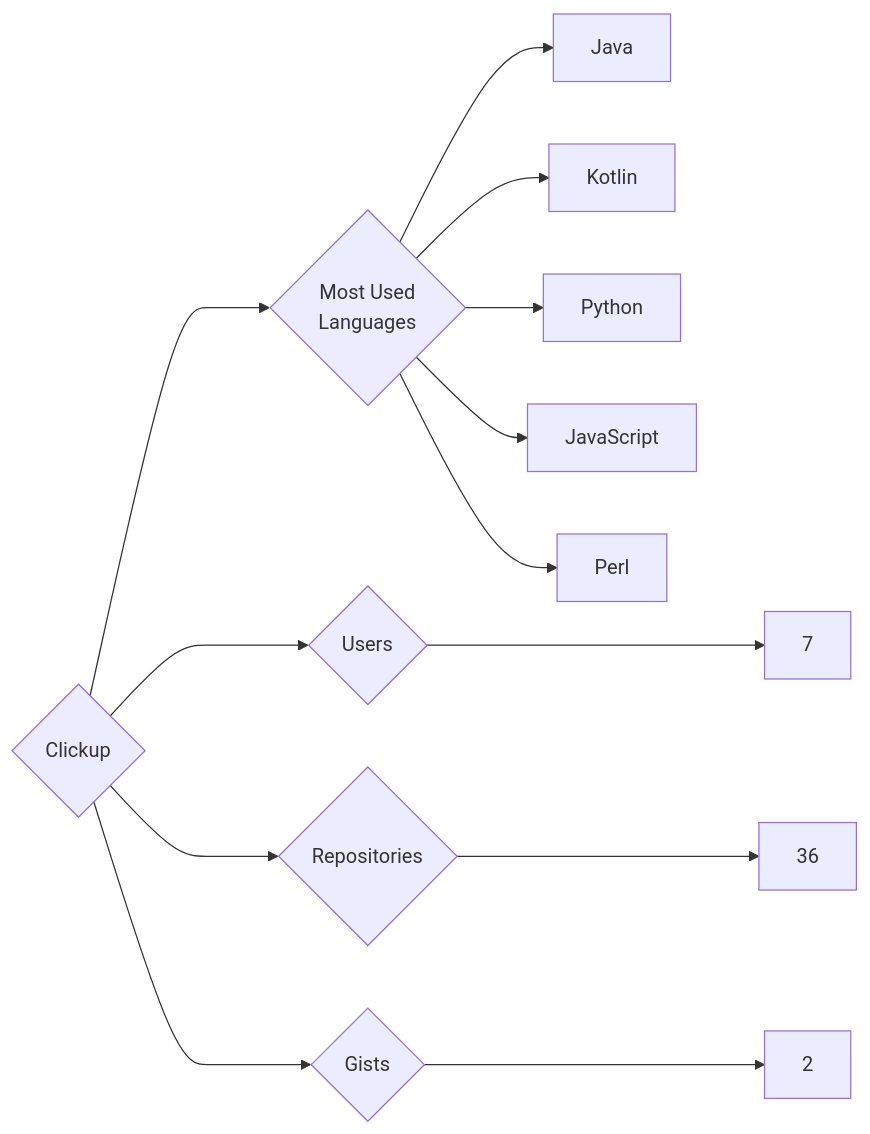
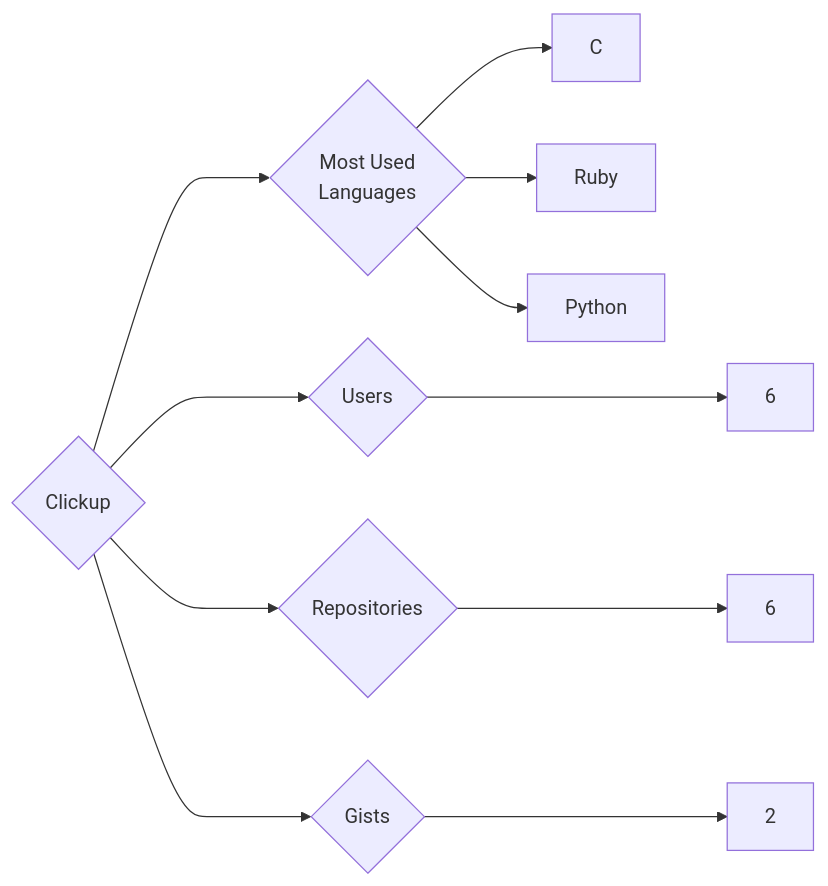
Before and after one commit to trickest/insiders: the diagram in targets/Clickup/README.md, drawn with Mermaid. The commit also changed 993 other files, not shown here.

````diff
--- a/targets/Clickup/README.md
+++ b/targets/Clickup/README.md
@@ -3,13 +3,11 @@
 ```mermaid
 graph LR
 COMPANY_NAME{Clickup}
-COMPANY_NAME ---> U{Users} ---> UN[7]
-COMPANY_NAME ---> R{Repositories} ---> RN[36]
+COMPANY_NAME ---> U{Users} ---> UN[6]
+COMPANY_NAME ---> R{Repositories} ---> RN[6]
 COMPANY_NAME ---> G{Gists} ---> GN[2]
 COMPANY_NAME ---> ML{Most Used<br>Languages}
-ML --> Java[Java]
-ML --> Kotlin[Kotlin]
+ML --> C[C]
+ML --> Ruby[Ruby]
 ML --> Python[Python]
-ML --> JavaScript[JavaScript]
-ML --> Perl[Perl]
 ```
````
